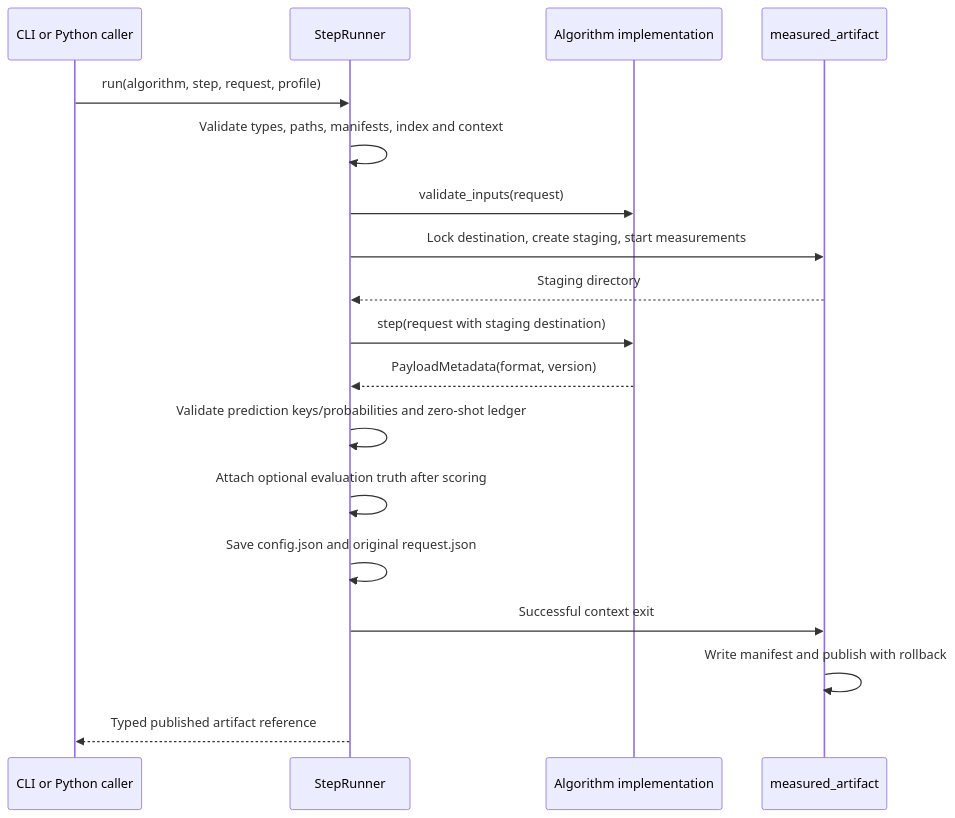
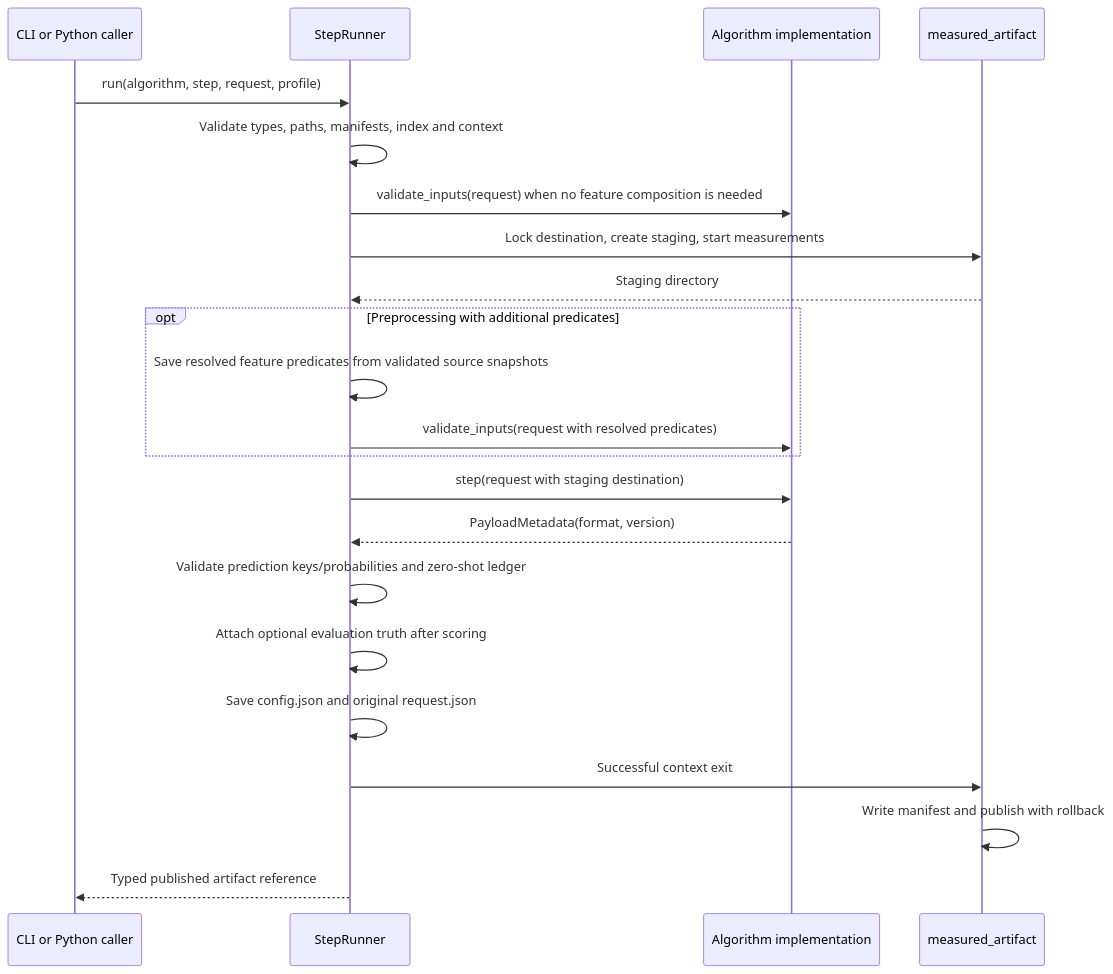
Before and after one commit to McDermottHealthAI/meds-algorithm: the third of 3 diagrams in ARCHITECTURE.md, drawn with Mermaid. The commit also changed other lines of this file and 10 other files, not shown here.

Commit message:
Support dataset-specific additional feature predicates

````diff
--- a/ARCHITECTURE.md
+++ b/ARCHITECTURE.md
@@ -178,20 +185,24 @@
 ```mermaid
 sequenceDiagram
     participant Caller as CLI or Python caller
     participant Runner as StepRunner
     participant Algorithm as Algorithm implementation
     participant Publish as measured_artifact
     Caller->>Runner: run(algorithm, step, request, profile)
     Runner->>Runner: Validate types, paths, manifests, index and context
-    Runner->>Algorithm: validate_inputs(request)
+    Runner->>Algorithm: validate_inputs(request) when no feature composition is needed
     Runner->>Publish: Lock destination, create staging, start measurements
     Publish-->>Runner: Staging directory
+    opt Preprocessing with additional predicates
+        Runner->>Runner: Save resolved feature predicates from validated source snapshots
+        Runner->>Algorithm: validate_inputs(request with resolved predicates)
+    end
     Runner->>Algorithm: step(request with staging destination)
     Algorithm-->>Runner: PayloadMetadata(format, version)
     Runner->>Runner: Validate prediction keys/probabilities and zero-shot ledger
     Runner->>Runner: Attach optional evaluation truth after scoring
     Runner->>Runner: Save config.json and original request.json
     Runner->>Publish: Successful context exit
     Publish->>Publish: Write manifest and publish with rollback
     Runner-->>Caller: Typed published artifact reference
 ```
````
